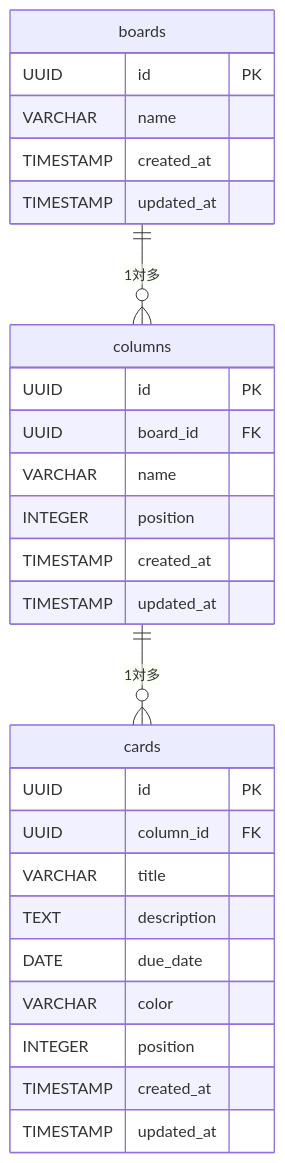
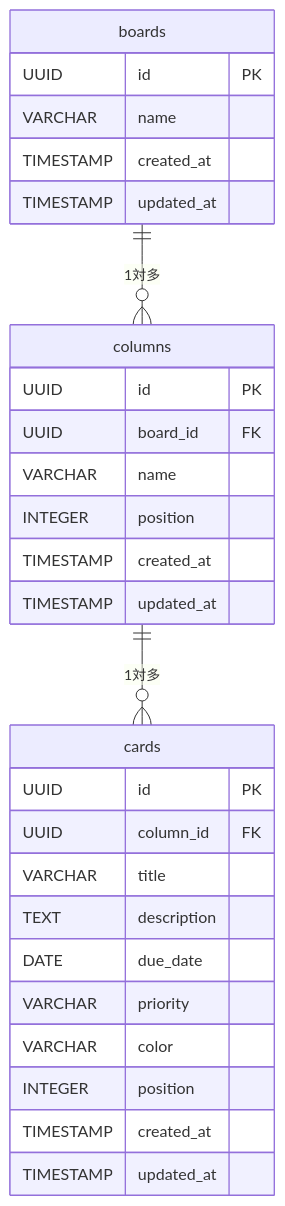
Before and after one commit to miyanoritallest-afk/task-management: the diagram in docs/data-model.md, drawn with Mermaid. The commit also changed other lines of this file and 4 other files, not shown here.

````diff
--- a/docs/data-model.md
+++ b/docs/data-model.md
@@ -15,33 +15,34 @@
 ```mermaid
 erDiagram
     boards {
         UUID id PK
         VARCHAR name
         TIMESTAMP created_at
         TIMESTAMP updated_at
     }
 
     columns {
         UUID id PK
         UUID board_id FK
         VARCHAR name
         INTEGER position
         TIMESTAMP created_at
         TIMESTAMP updated_at
     }
 
     cards {
         UUID id PK
         UUID column_id FK
         VARCHAR title
         TEXT description
         DATE due_date
+        VARCHAR priority
         VARCHAR color
         INTEGER position
         TIMESTAMP created_at
         TIMESTAMP updated_at
     }
 
     boards ||--o{ columns : "1対多"
     columns ||--o{ cards : "1対多"
 ```
````
